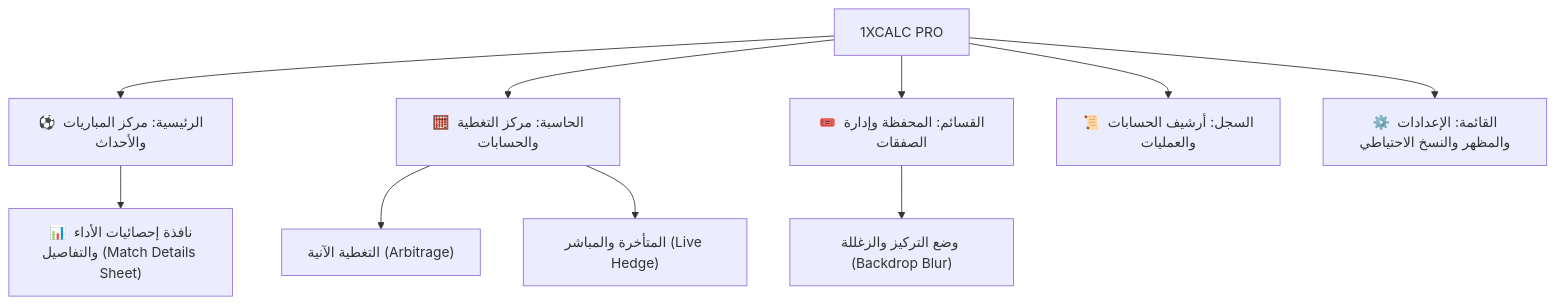
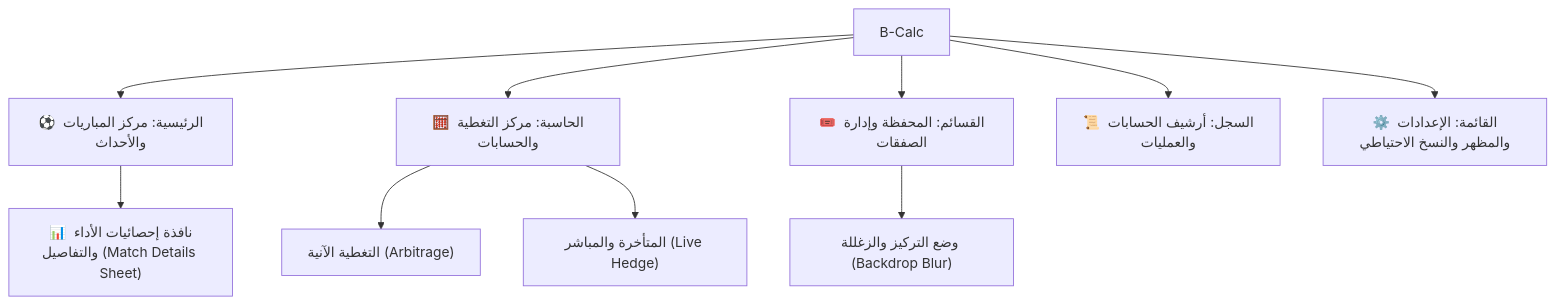
One commit to lhaj9/1xcalc changed the diagram in README.md. Above: the diagram before and after it, drawn with Mermaid. The commit also changed other lines of this file and 23 other files, not shown here.

````diff
--- a/README.md
+++ b/README.md
@@ -20,14 +20,14 @@
 ```mermaid
 graph TD
-    App["1XCALC PRO"]
+    App["B-Calc"]
     App --> TabHome["⚽ الرئيسية: مركز المباريات والأحداث"]
     App --> TabCalc["🧮 الحاسبة: مركز التغطية والحسابات"]
     App --> TabSlips["🎟️ القسائم: المحفظة وإدارة الصفقات"]
     App --> TabHistory["📜 السجل: أرشيف الحسابات والعمليات"]
     App --> TabMenu["⚙️ القائمة: الإعدادات والمظهر والنسخ الاحتياطي"]
 
     TabHome --> MatchStats["📊 نافذة إحصائيات الأداء والتفاصيل (Match Details Sheet)"]
     TabCalc --> PaneArb["التغطية الآنية (Arbitrage)"]
     TabCalc --> PaneDelayed["المتأخرة والمباشر (Live Hedge)"]
     TabSlips --> FocusMode["وضع التركيز والزغللة (Backdrop Blur)"]
 ```
````
